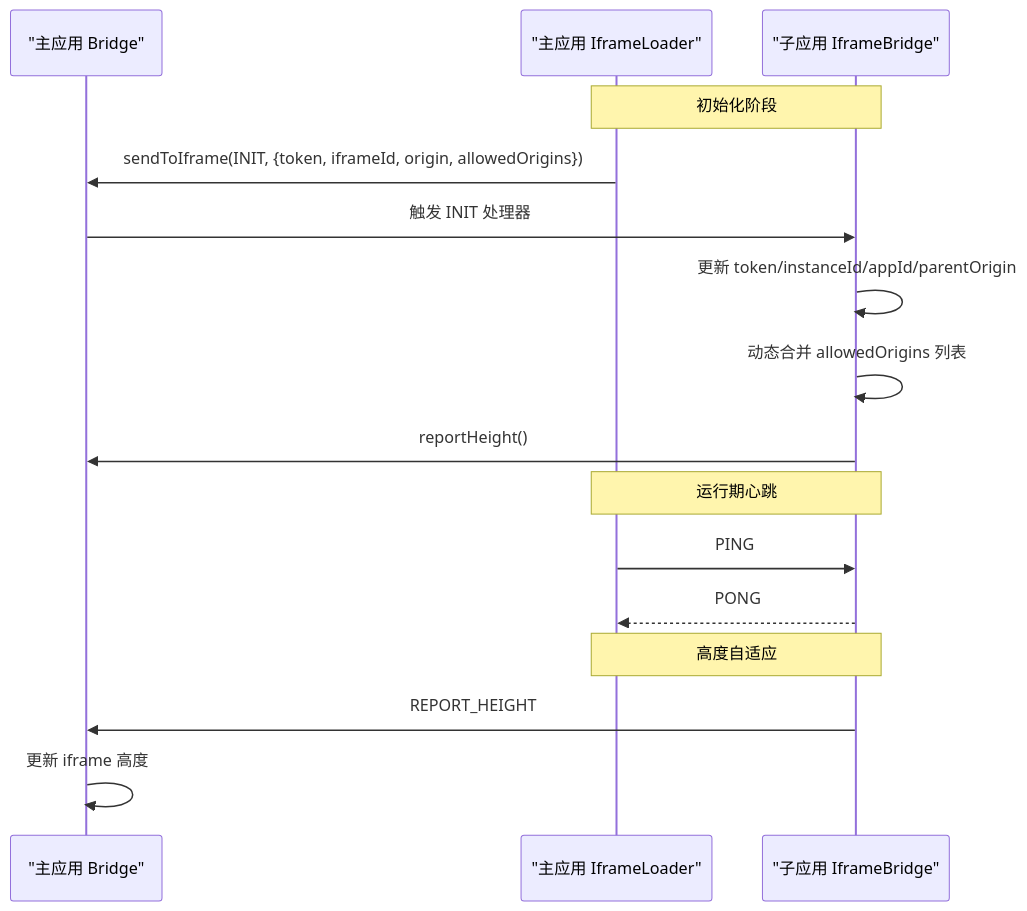
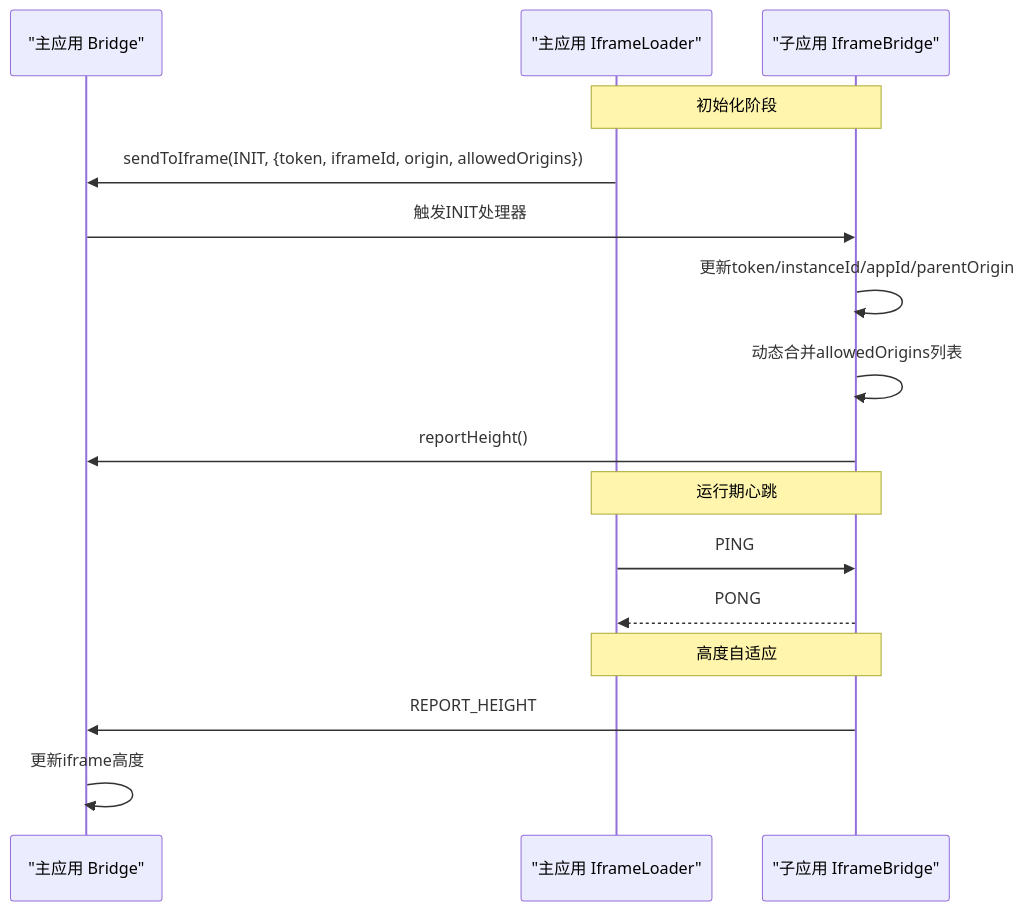
Before and after one commit to my-Sitara/artisan-base-frontend: the second of 8 diagrams in .qoder/repowiki/zh/content/高级主题/iframe 跨域治理.md, drawn with Mermaid. The commit also changed other lines of this file and 25 other files, not shown here.

````diff
--- a/.qoder/repowiki/zh/content/高级主题/iframe 跨域治理.md
+++ b/.qoder/repowiki/zh/content/高级主题/iframe 跨域治理.md
@@ -100,18 +105,18 @@
 ```mermaid
 sequenceDiagram
 participant Main as "主应用 Bridge"
 participant Loader as "主应用 IframeLoader"
 participant Sub as "子应用 IframeBridge"
 Note over Loader,Sub : 初始化阶段
 Loader->>Main : sendToIframe(INIT, {token, iframeId, origin, allowedOrigins})
-Main->>Sub : 触发 INIT 处理器
-Sub->>Sub : 更新 token/instanceId/appId/parentOrigin
-Sub->>Sub : 动态合并 allowedOrigins 列表
+Main->>Sub : 触发INIT处理器
+Sub->>Sub : 更新token/instanceId/appId/parentOrigin
+Sub->>Sub : 动态合并allowedOrigins列表
 Sub->>Main : reportHeight()
 Note over Loader,Sub : 运行期心跳
 Loader->>Sub : PING
 Sub-->>Loader : PONG
 Note over Loader,Sub : 高度自适应
 Sub->>Main : REPORT_HEIGHT
-Main->>Main : 更新 iframe 高度
+Main->>Main : 更新iframe高度
 ```
````
